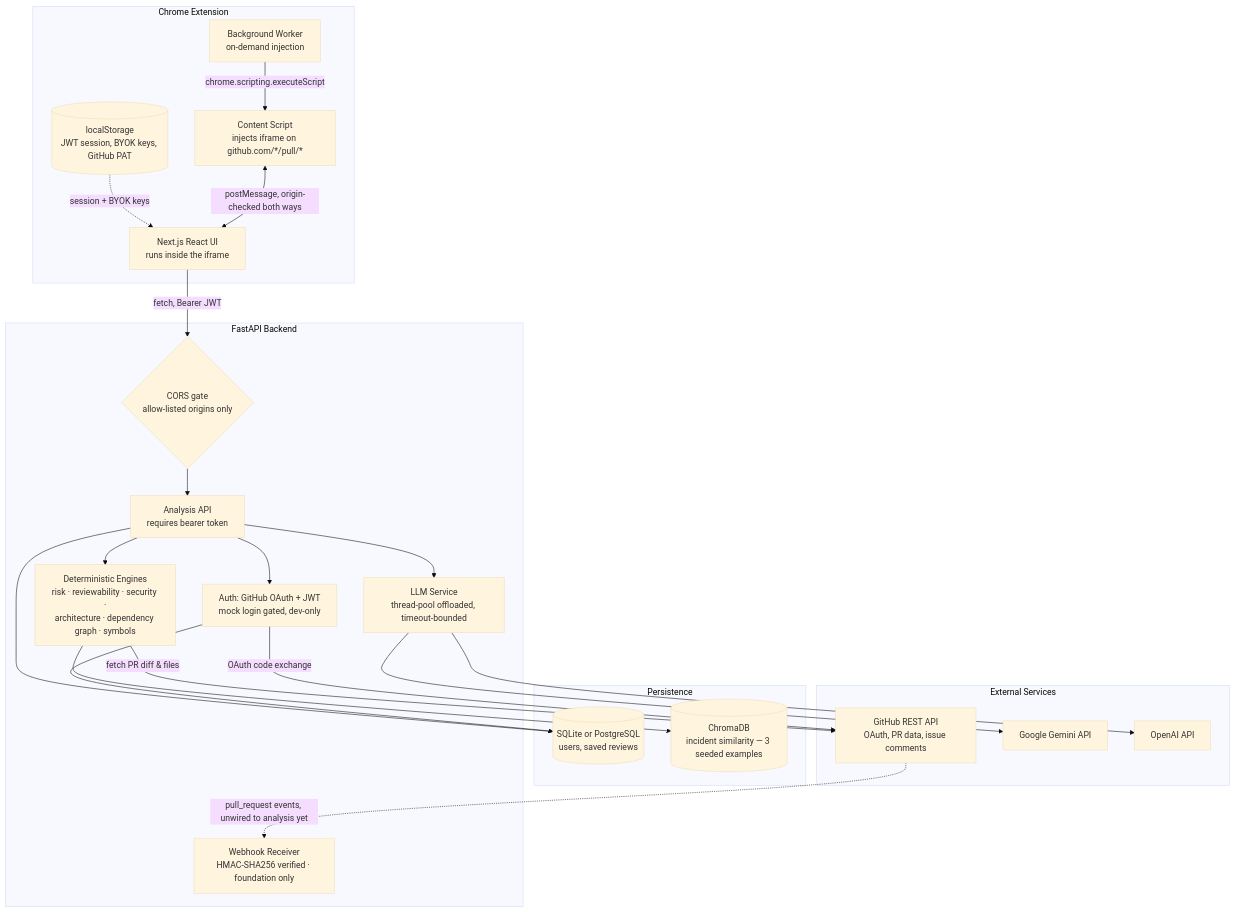
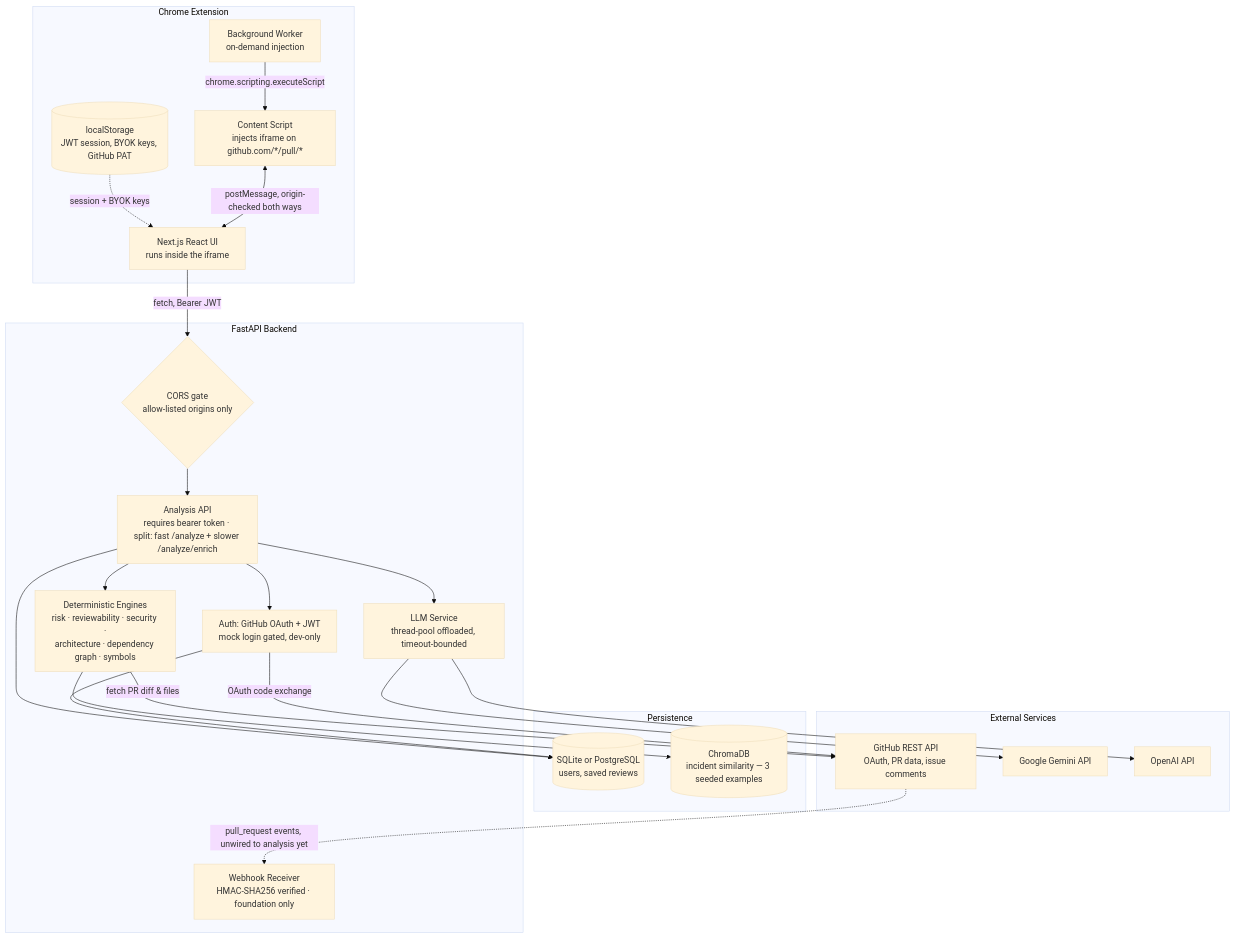
The diagram in README.md (kankaniakshat185/prscope-pr-review-intelligence), drawn with Mermaid (base theme) before and after one commit. The commit also changed other lines of this file and 16 other files, not shown here.

````diff
--- a/README.md
+++ b/README.md
@@ -50,47 +55,47 @@
 ```mermaid
 graph TD
     subgraph Client [Chrome Extension]
         CS[Content Script<br/>injects iframe on github.com/*/pull/*]
         BS[Background Worker<br/>on-demand injection]
         UI[Next.js React UI<br/>runs inside the iframe]
         Storage[(localStorage<br/>JWT session, BYOK keys, GitHub PAT)]
     end
 
     subgraph Backend [FastAPI Backend]
         CORS{CORS gate<br/>allow-listed origins only}
         Auth[Auth: GitHub OAuth + JWT<br/>mock login gated, dev-only]
-        API[Analysis API<br/>requires bearer token]
+        API[Analysis API<br/>requires bearer token · split: fast /analyze + slower /analyze/enrich]
         Engines[Deterministic Engines<br/>risk · reviewability · security ·<br/>architecture · dependency graph · symbols]
         LLMSvc[LLM Service<br/>thread-pool offloaded, timeout-bounded]
         Webhook[Webhook Receiver<br/>HMAC-SHA256 verified · foundation only]
     end
 
     subgraph Data [Persistence]
         DB[(SQLite or PostgreSQL<br/>users, saved reviews)]
         Chroma[(ChromaDB<br/>incident similarity — 3 seeded examples)]
     end
 
     subgraph External [External Services]
         GH[GitHub REST API<br/>OAuth, PR data, issue comments]
         Gemini[Google Gemini API]
         OpenAI[OpenAI API]
     end
 
     BS -->|chrome.scripting.executeScript| CS
     CS <-->|postMessage, origin-checked both ways| UI
     UI -->|fetch, Bearer JWT| CORS --> API
     Storage -.->|session + BYOK keys| UI
 
     API --> Auth
     Auth -->|OAuth code exchange| GH
     Auth --> DB
     API --> Engines
     Engines -->|fetch PR diff & files| GH
     Engines --> Chroma
     API --> LLMSvc
     LLMSvc --> Gemini
     LLMSvc --> OpenAI
     API --> DB
 
     GH -.->|pull_request events, unwired to analysis yet| Webhook
 ```
````
